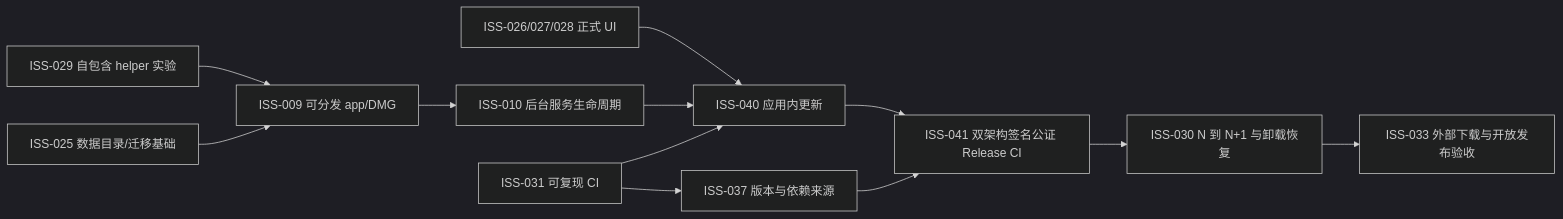
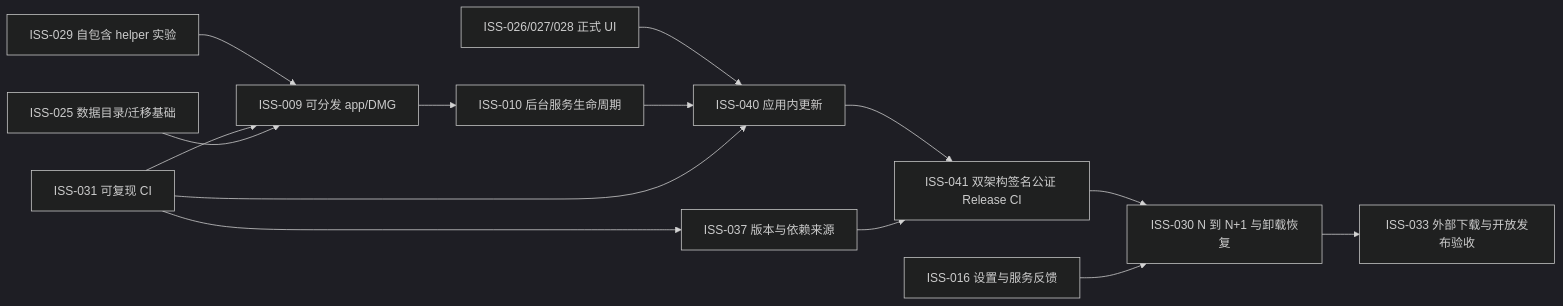
One commit to cat-xierluo/Fathom changed the diagram in docs/plans/2026-09-13-v0.3-release-design.md. Above: the diagram before and after it, drawn with Mermaid (dark theme). The commit also changed other lines of this file and 2 other files, not shown here.

````diff
--- a/docs/plans/2026-09-13-v0.3-release-design.md
+++ b/docs/plans/2026-09-13-v0.3-release-design.md
@@ -34,14 +36,16 @@
 ```mermaid
 flowchart LR
   A[ISS-029 自包含 helper 实验] --> D[ISS-009 可分发 app/DMG]
   B[ISS-031 可复现 CI] --> V[ISS-037 版本与依赖来源]
+  B --> D
   C[ISS-025 数据目录/迁移基础] --> D
   D --> S[ISS-010 后台服务生命周期]
   UI[ISS-026/027/028 正式 UI] --> U[ISS-040 应用内更新]
   S --> U
   B --> U
   U --> R[ISS-041 双架构签名公证 Release CI]
   V --> R
   R --> M[ISS-030 N 到 N+1 与卸载恢复]
+  CFG[ISS-016 设置与服务反馈] --> M
   M --> E[ISS-033 外部下载与开放发布验收]
 ```
````
